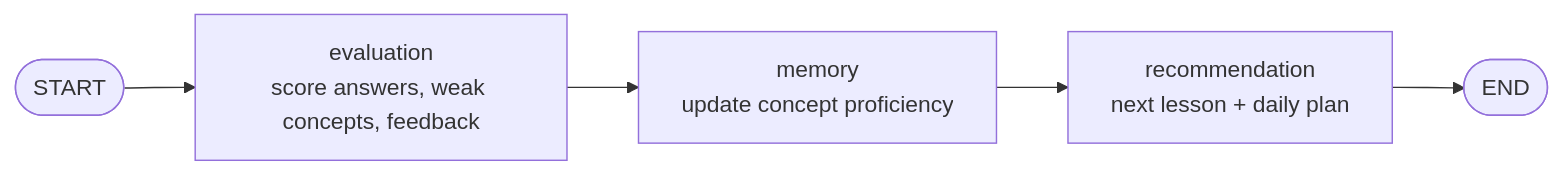
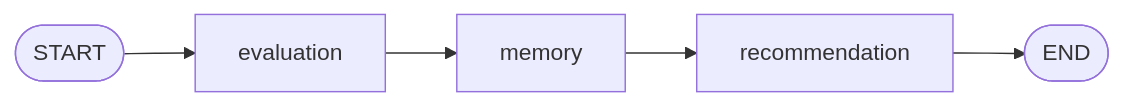
One commit to uplaybiss/CodeMentor changed the second of 2 diagrams in docs/architecture.md. Above: the diagram before and after it, drawn with Mermaid. The commit also changed other lines of this file and 94 other files, not shown here.

````diff
--- a/docs/architecture.md
+++ b/docs/architecture.md
@@ -109,7 +39,4 @@
 ```mermaid
 flowchart LR
-    START([START]) --> EV[evaluation\nscore answers, weak concepts, feedback]
-    EV --> M[memory\nupdate concept proficiency]
-    M --> REC[recommendation\nnext lesson + daily plan]
-    REC --> END([END])
+    S([START]) --> E[evaluation] --> M[memory] --> R[recommendation] --> End([END])
 ```
````
